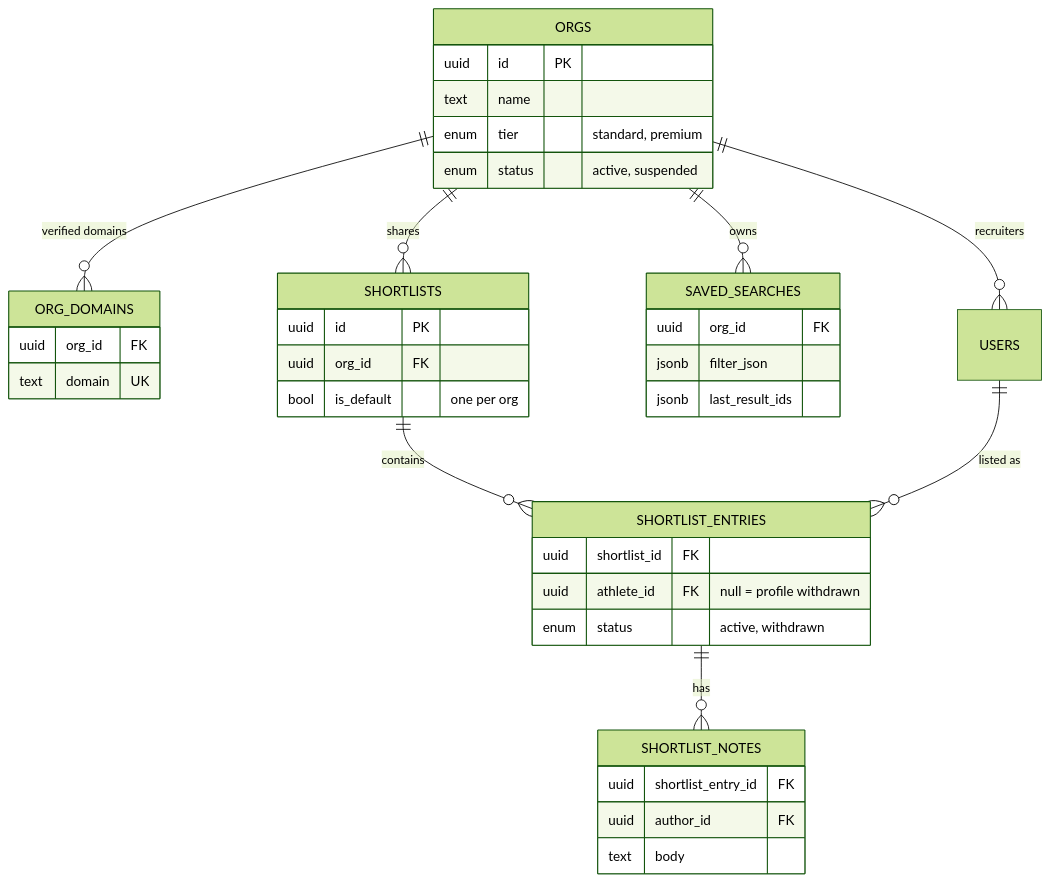
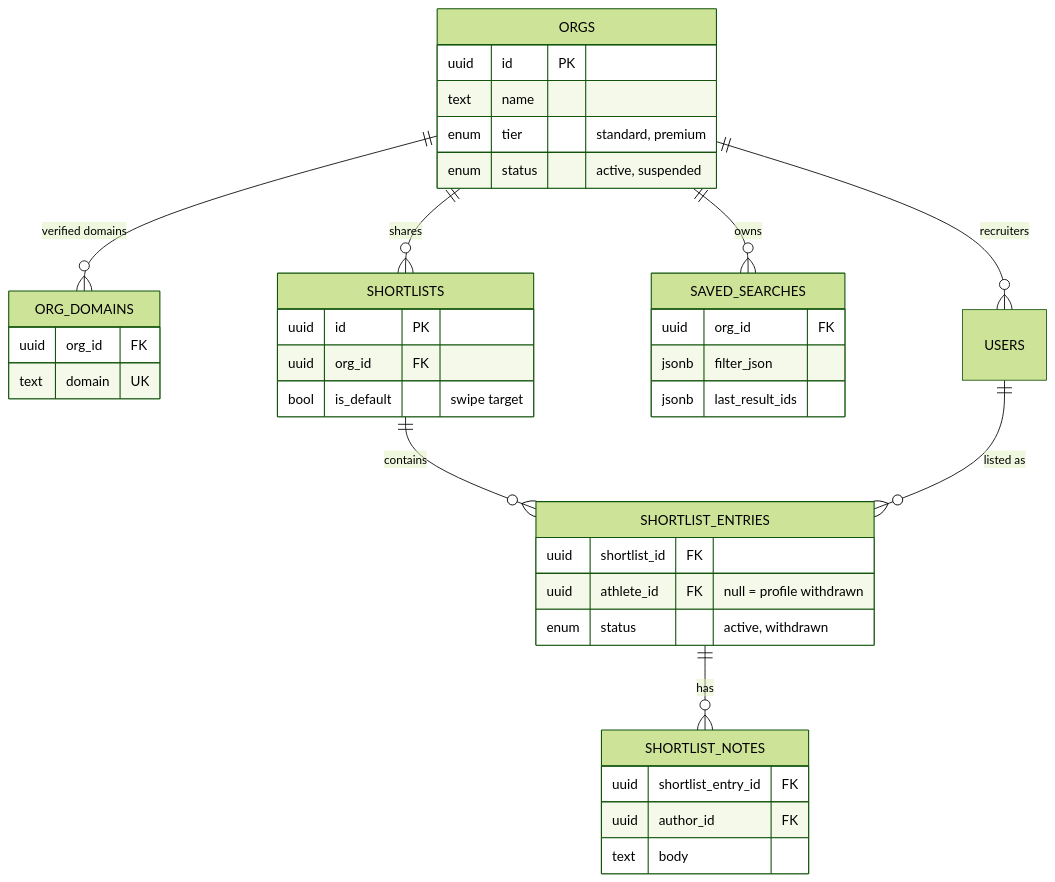
The fourth of 4 diagrams in docs/data-model.md (shourya0523/Team-Impact-Portal), drawn with Mermaid (forest theme) before and after one commit. The commit also changed other lines of this file and 15 other files, not shown here.

````diff
--- a/docs/data-model.md
+++ b/docs/data-model.md
@@ -270,41 +270,41 @@
 ```mermaid
 erDiagram
     ORGS ||--o{ ORG_DOMAINS : "verified domains"
     ORGS ||--o{ USERS : "recruiters"
     ORGS ||--o{ SAVED_SEARCHES : "owns"
     ORGS ||--o{ SHORTLISTS : "shares"
     SHORTLISTS ||--o{ SHORTLIST_ENTRIES : "contains"
     SHORTLIST_ENTRIES ||--o{ SHORTLIST_NOTES : "has"
     USERS ||--o{ SHORTLIST_ENTRIES : "listed as"
 
     ORGS {
         uuid id PK
         text name
         enum tier "standard, premium"
         enum status "active, suspended"
     }
     ORG_DOMAINS {
         uuid org_id FK
         text domain UK
     }
     SAVED_SEARCHES {
         uuid org_id FK
         jsonb filter_json
         jsonb last_result_ids
     }
     SHORTLISTS {
         uuid id PK
         uuid org_id FK
-        bool is_default "one per org"
+        bool is_default "swipe target"
     }
     SHORTLIST_ENTRIES {
         uuid shortlist_id FK
         uuid athlete_id FK "null = profile withdrawn"
         enum status "active, withdrawn"
     }
     SHORTLIST_NOTES {
         uuid shortlist_entry_id FK
         uuid author_id FK
         text body
     }
 ```
````
